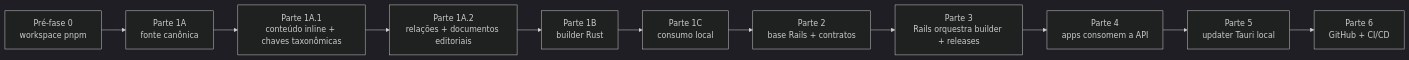
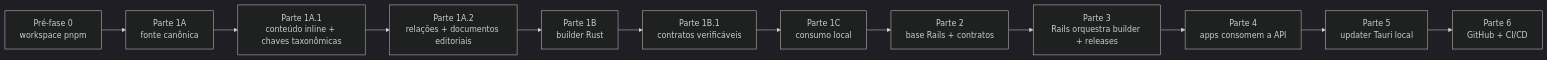
One commit to migmoroni/veterinary-clinic changed the first of 3 diagrams in docs/plans/hub-server/README.md. Above: the diagram before and after it, drawn with Mermaid (dark theme). The commit also changed other lines of this file and 36 other files, not shown here.

````diff
--- a/docs/plans/hub-server/README.md
+++ b/docs/plans/hub-server/README.md
@@ -33,16 +34,17 @@
 ```mermaid
 flowchart LR
     P0["Pré-fase 0<br/>workspace pnpm"]
     P1A["Parte 1A<br/>fonte canônica"]
     P1A1["Parte 1A.1<br/>conteúdo inline + chaves taxonômicas"]
     P1A2["Parte 1A.2<br/>relações + documentos editoriais"]
     P1B["Parte 1B<br/>builder Rust"]
+    P1B1["Parte 1B.1<br/>contratos verificáveis"]
     P1C["Parte 1C<br/>consumo local"]
     P2["Parte 2<br/>base Rails + contratos"]
     P3["Parte 3<br/>Rails orquestra builder + releases"]
     P4["Parte 4<br/>apps consomem a API"]
     P5["Parte 5<br/>updater Tauri local"]
     P6["Parte 6<br/>GitHub + CI/CD"]
 
-    P0 --> P1A --> P1A1 --> P1A2 --> P1B --> P1C --> P2 --> P3 --> P4 --> P5 --> P6
+    P0 --> P1A --> P1A1 --> P1A2 --> P1B --> P1B1 --> P1C --> P2 --> P3 --> P4 --> P5 --> P6
 ```
````
